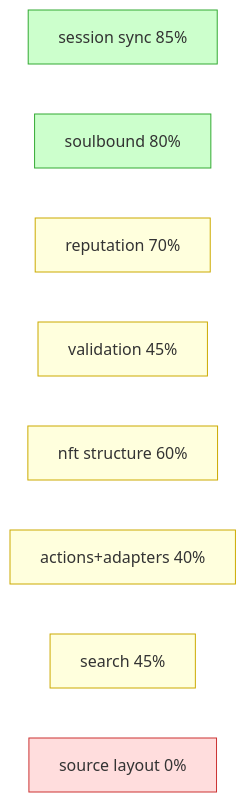
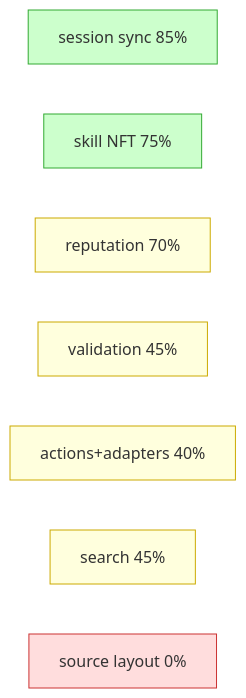
The second of 3 diagrams in plans/00-overview.md (IQCoreTeam/AgentNet), drawn with Mermaid before and after one commit. The commit also changed other lines of this file and 11 other files, not shown here.

First line of the commit message:
Merge skill docs into skill-nft-structure; restructure reputation; fix vision docs

````diff
--- a/plans/00-overview.md
+++ b/plans/00-overview.md
@@ -156,14 +162,13 @@
 ```mermaid
 flowchart LR
     S1["session sync 85%"]:::g
-    S2["soulbound 80%"]:::g
+    S2["skill NFT 75%"]:::g
     S3["reputation 70%"]:::y
     S4["validation 45%"]:::y
-    S5["nft structure 60%"]:::y
     S6["actions+adapters 40%"]:::y
     S7["search 45%"]:::y
     S8["source layout 0%"]:::r
     classDef g fill:#cfc,stroke:#3a3
     classDef y fill:#ffd,stroke:#ca0
     classDef r fill:#fdd,stroke:#c33
 ```
````
